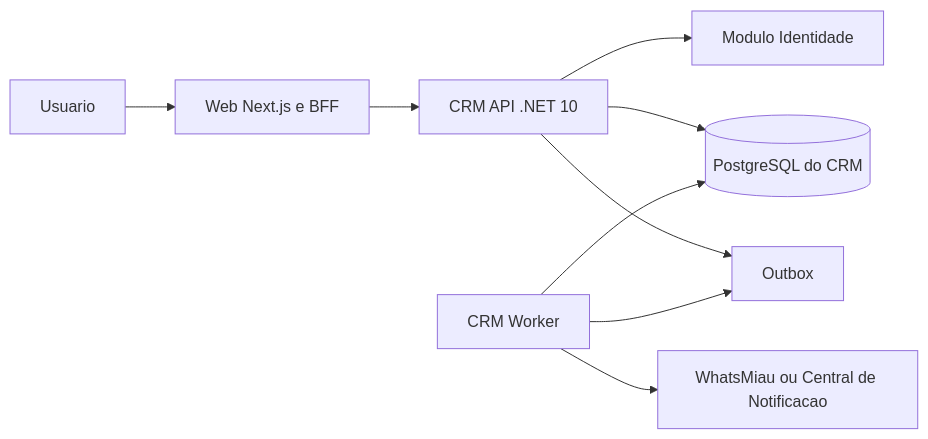
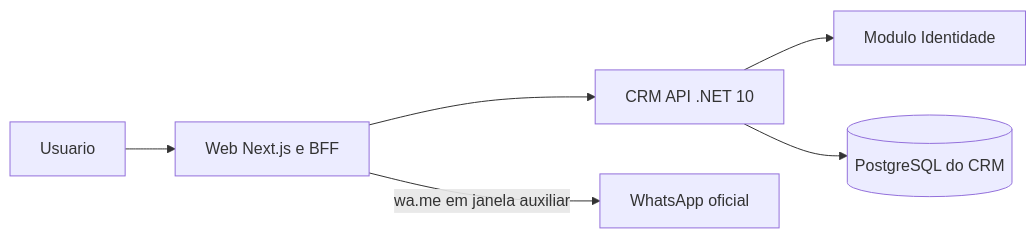
The diagram in docs/07-tecnico/README.md (gustavodrager/lavamais-crm), drawn with Mermaid before and after one commit. The commit also changed other lines of this file and 143 other files, not shown here.

Commit message:
feat: adota WhatsApp Web assistido

````diff
--- a/docs/07-tecnico/README.md
+++ b/docs/07-tecnico/README.md
@@ -7,11 +7,8 @@
 ```mermaid
 flowchart LR
     U["Usuario"] --> W["Web Next.js e BFF"]
     W --> A["CRM API .NET 10"]
+    W -->|"wa.me em janela auxiliar"| WA["WhatsApp oficial"]
     A --> I["Modulo Identidade"]
     A --> D[("PostgreSQL do CRM")]
-    A --> O["Outbox"]
-    K["CRM Worker"] --> O
-    K --> N["WhatsMiau ou Central de Notificacao"]
-    K --> D
 ```
````
